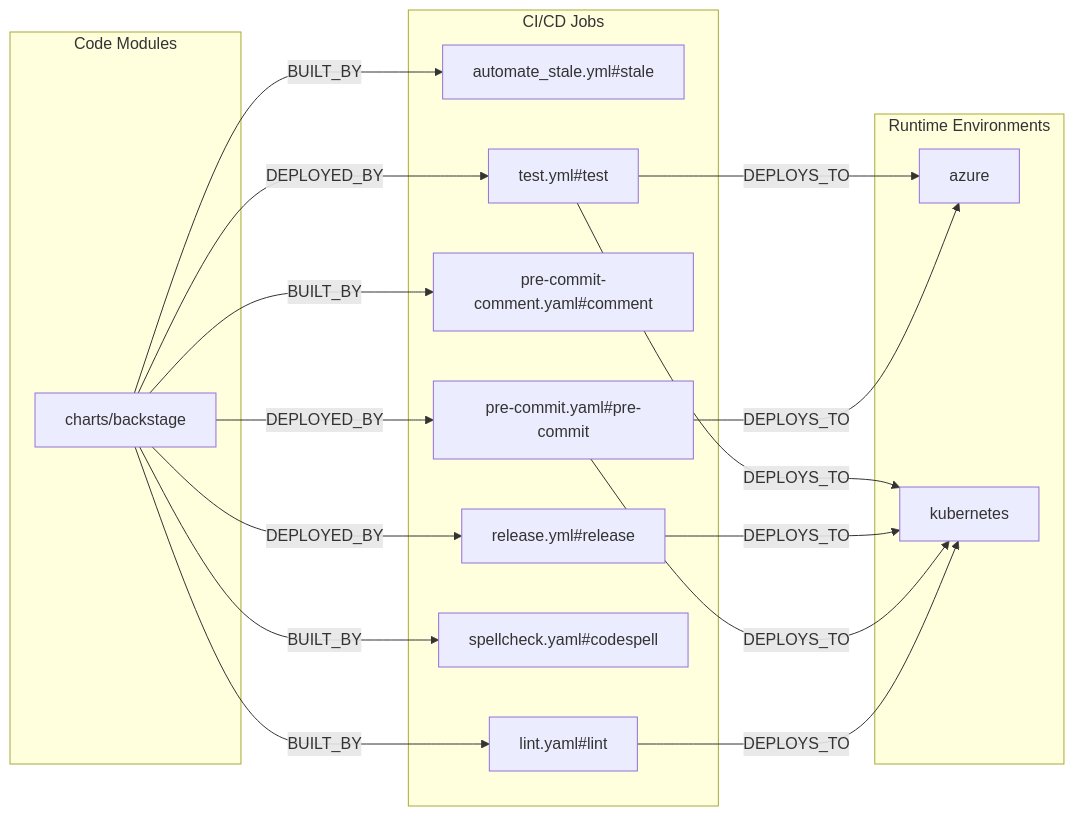
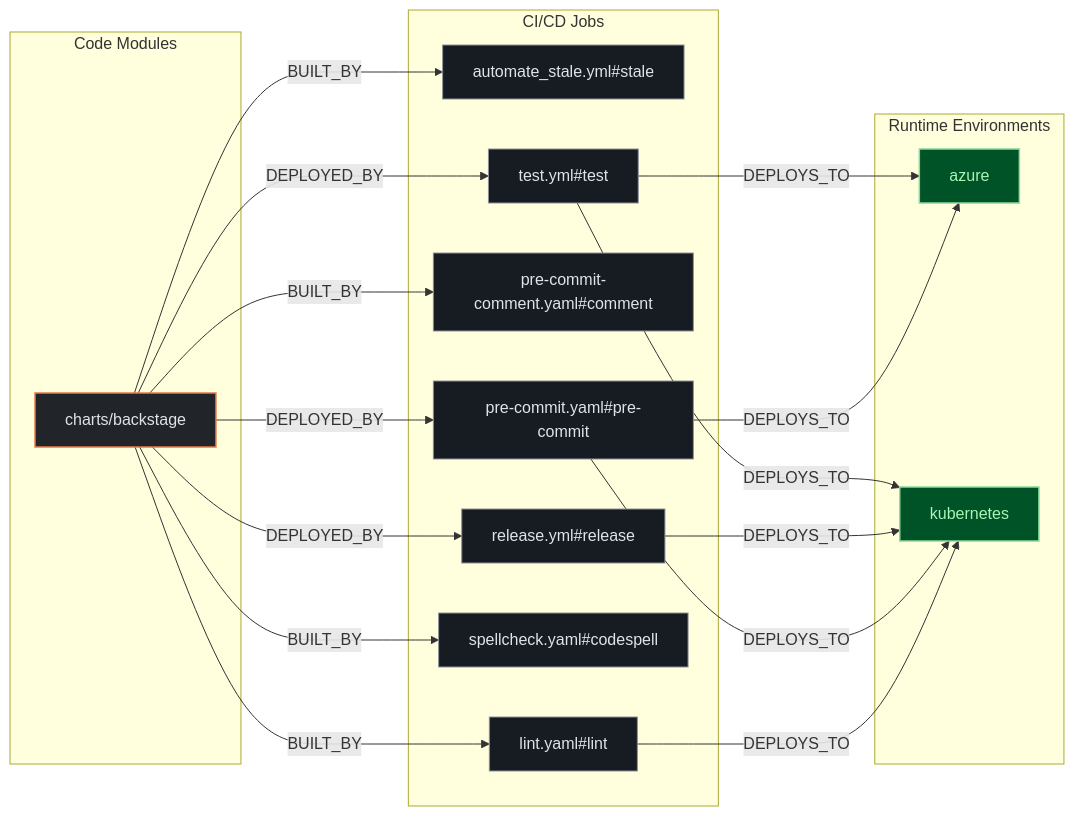
The second of 3 diagrams in exports/latest/reports/backstage-charts-report.md (kumarshaz/atruss-code-atlas), drawn with Mermaid before and after one commit. The commit also changed other lines of this file and 331 other files, not shown here.

Commit message:
docs,ui,fix: update SDLC docs, reorder CI/CD DAG first, stylize Mermaid, and fix Arc42 pipeline topology

````diff
--- a/exports/latest/reports/backstage-charts-report.md
+++ b/exports/latest/reports/backstage-charts-report.md
@@ -122,32 +129,36 @@
 ```mermaid
 flowchart LR
+    classDef atlasCategory fill:#212428,stroke:#E87A48,stroke-width:1.5px,color:#dfe3eb
+    classDef atlasWorkflow fill:#1b2026,stroke:#a3c9ff,stroke-width:1.5px,color:#dfe3eb
+    classDef atlasJob fill:#171c22,stroke:#8d9199,stroke-width:1px,color:#dfe3eb
+    classDef atlasTarget fill:#005227,stroke:#8bd99b,stroke-width:1.5px,color:#a7f6b6
     subgraph code_modules["Code Modules"]
-        mod_charts_backstage["charts/backstage"]
+        mod_charts_backstage["charts/backstage"]:::atlasCategory
     end
     subgraph ci_jobs["CI/CD Jobs"]
-        job_automate_stale_yml_stale["automate_stale.yml#stale"]
-        job_lint_yaml_lint["lint.yaml#lint"]
-        job_pre_commit_comment_yaml_comment["pre-commit-comment.yaml#comment"]
-        job_pre_commit_yaml_pre_commit["pre-commit.yaml#pre-commit"]
-        job_release_yml_release["release.yml#release"]
-        job_spellcheck_yaml_codespell["spellcheck.yaml#codespell"]
-        job_test_yml_test["test.yml#test"]
+        job_automate_stale_yml_stale["automate_stale.yml#stale"]:::atlasJob
+        job_lint_yaml_lint["lint.yaml#lint"]:::atlasJob
+        job_pre_commit_comment_yaml_comment["pre-commit-comment.yaml#comment"]:::atlasJob
+        job_pre_commit_yaml_pre_commit["pre-commit.yaml#pre-commit"]:::atlasJob
+        job_release_yml_release["release.yml#release"]:::atlasJob
+        job_spellcheck_yaml_codespell["spellcheck.yaml#codespell"]:::atlasJob
+        job_test_yml_test["test.yml#test"]:::atlasJob
     end
     subgraph runtime_envs["Runtime Environments"]
-        env_azure["azure"]
-        env_kubernetes["kubernetes"]
+        env_azure["azure"]:::atlasTarget
+        env_kubernetes["kubernetes"]:::atlasTarget
     end
     job_lint_yaml_lint -->|DEPLOYS_TO| env_kubernetes
     job_pre_commit_yaml_pre_commit -->|DEPLOYS_TO| env_azure
     job_pre_commit_yaml_pre_commit -->|DEPLOYS_TO| env_kubernetes
     job_release_yml_release -->|DEPLOYS_TO| env_kubernetes
     job_test_yml_test -->|DEPLOYS_TO| env_azure
     job_test_yml_test -->|DEPLOYS_TO| env_kubernetes
     mod_charts_backstage -->|BUILT_BY| job_automate_stale_yml_stale
     mod_charts_backstage -->|BUILT_BY| job_lint_yaml_lint
     mod_charts_backstage -->|BUILT_BY| job_pre_commit_comment_yaml_comment
     mod_charts_backstage -->|BUILT_BY| job_spellcheck_yaml_codespell
     mod_charts_backstage -->|DEPLOYED_BY| job_pre_commit_yaml_pre_commit
     mod_charts_backstage -->|DEPLOYED_BY| job_release_yml_release
     mod_charts_backstage -->|DEPLOYED_BY| job_test_yml_test
 ```
````
